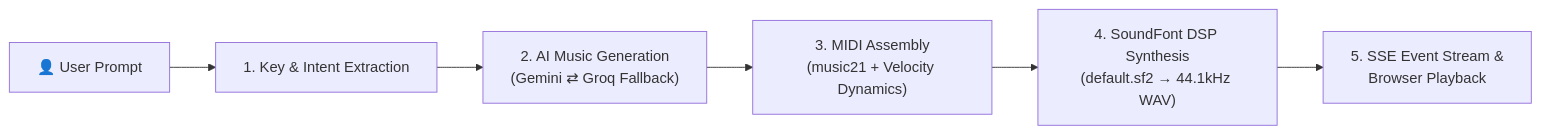
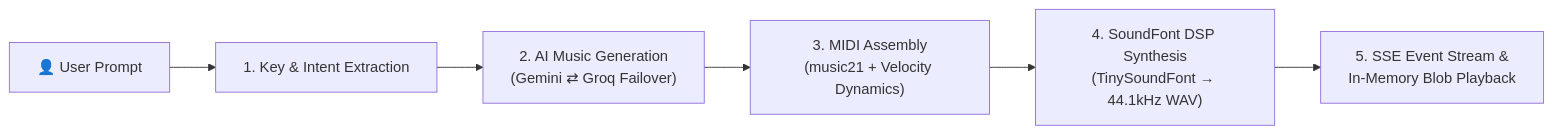
The diagram in README.md (shyamgadhiya/WaveSmith-AI-Music-Composer), drawn with Mermaid before and after one commit. The commit also changed other lines of this file, not shown here.

Commit message:
docs: update README with current architecture, SoundFont DSP setup, and deployment guides

````diff
--- a/README.md
+++ b/README.md
@@ -38,8 +44,8 @@
 ```mermaid
 flowchart LR
     A["👤 User Prompt"] --> B["1. Key & Intent Extraction"]
-    B --> C["2. AI Music Generation\n(Gemini ⇄ Groq Fallback)"]
+    B --> C["2. AI Music Generation\n(Gemini ⇄ Groq Failover)"]
     C --> D["3. MIDI Assembly\n(music21 + Velocity Dynamics)"]
-    D --> E["4. SoundFont DSP Synthesis\n(default.sf2 → 44.1kHz WAV)"]
-    E --> F["5. SSE Event Stream &\nBrowser Playback"]
+    D --> E["4. SoundFont DSP Synthesis\n(TinySoundFont → 44.1kHz WAV)"]
+    E --> F["5. SSE Event Stream &\nIn-Memory Blob Playback"]
 ```
````
